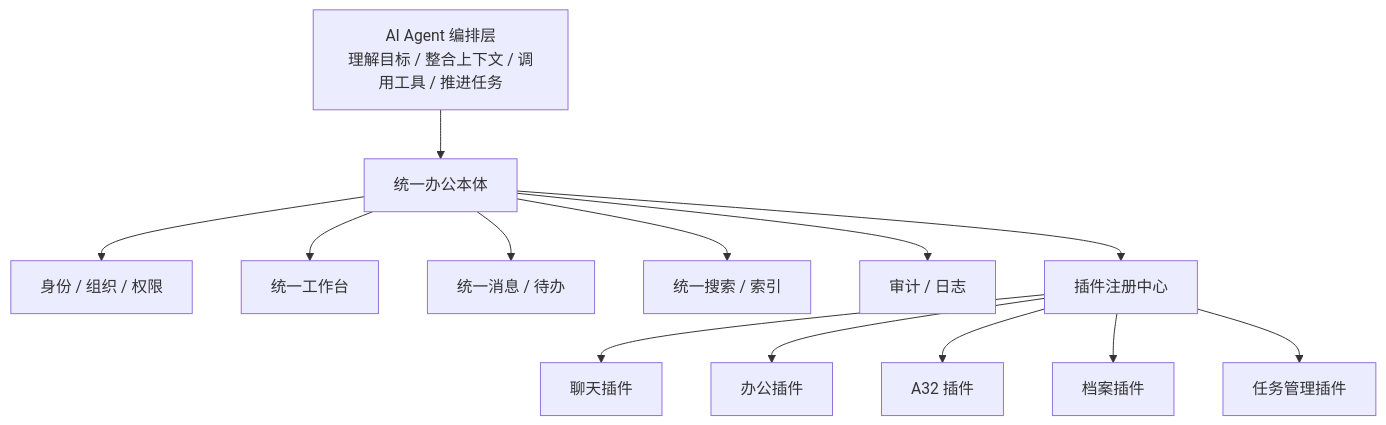
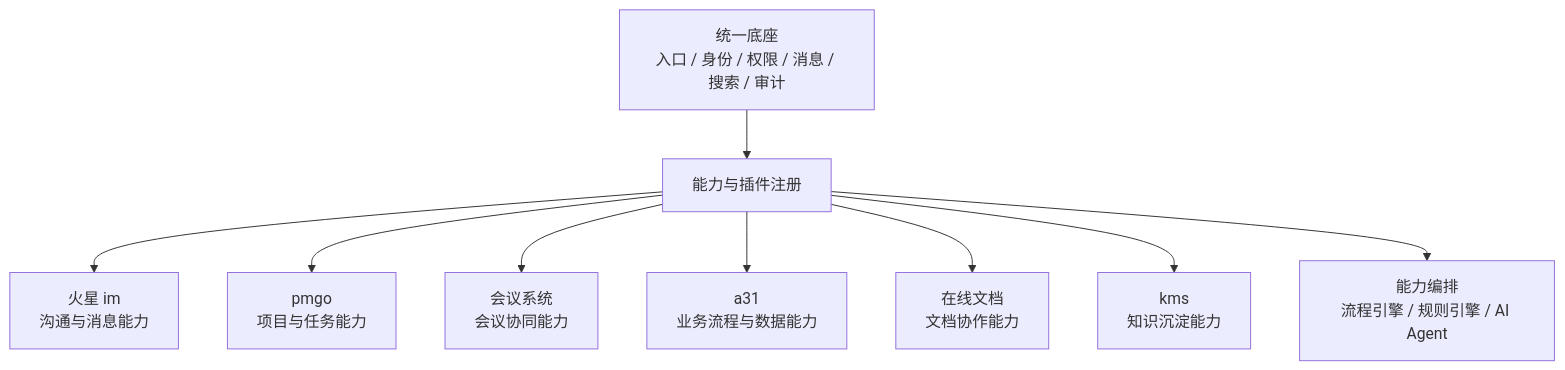
One commit to XiaoYang1127/dev-doc changed the first of 6 diagrams in job/mod/ai-agent-internal-software-integration.md. Above: the diagram before and after it, drawn with Mermaid. The commit also changed other lines of this file and 5 other files, not shown here.

````diff
--- a/job/mod/ai-agent-internal-software-integration.md
+++ b/job/mod/ai-agent-internal-software-integration.md
@@ -19,17 +21,13 @@
 ```mermaid
 flowchart TB
-    Agent[AI Agent 编排层<br/>理解目标 / 整合上下文 / 调用工具 / 推进任务] --> Core[统一办公本体]
+    Core[统一底座<br/>入口 / 身份 / 权限 / 消息 / 搜索 / 审计] --> PluginCenter[能力与插件注册]
 
-    Core --> Identity[身份 / 组织 / 权限]
-    Core --> Workbench[统一工作台]
-    Core --> Message[统一消息 / 待办]
-    Core --> Search[统一搜索 / 索引]
-    Core --> Audit[审计 / 日志]
-    Core --> PluginCenter[插件注册中心]
+    PluginCenter --> MarsIM[火星 im<br/>沟通与消息能力]
+    PluginCenter --> Pmgo[pmgo<br/>项目与任务能力]
+    PluginCenter --> Meeting[会议系统<br/>会议协同能力]
+    PluginCenter --> A31[a31<br/>业务流程与数据能力]
+    PluginCenter --> Doc[在线文档<br/>文档协作能力]
+    PluginCenter --> Kms[kms<br/>知识沉淀能力]
 
-    PluginCenter --> Chat[聊天插件]
-    PluginCenter --> Office[办公插件]
-    PluginCenter --> A32[A32 插件]
-    PluginCenter --> Archive[档案插件]
-    PluginCenter --> Task[任务管理插件]
+    PluginCenter --> Orchestration[能力编排<br/>流程引擎 / 规则引擎 / AI Agent]
 ```
````
